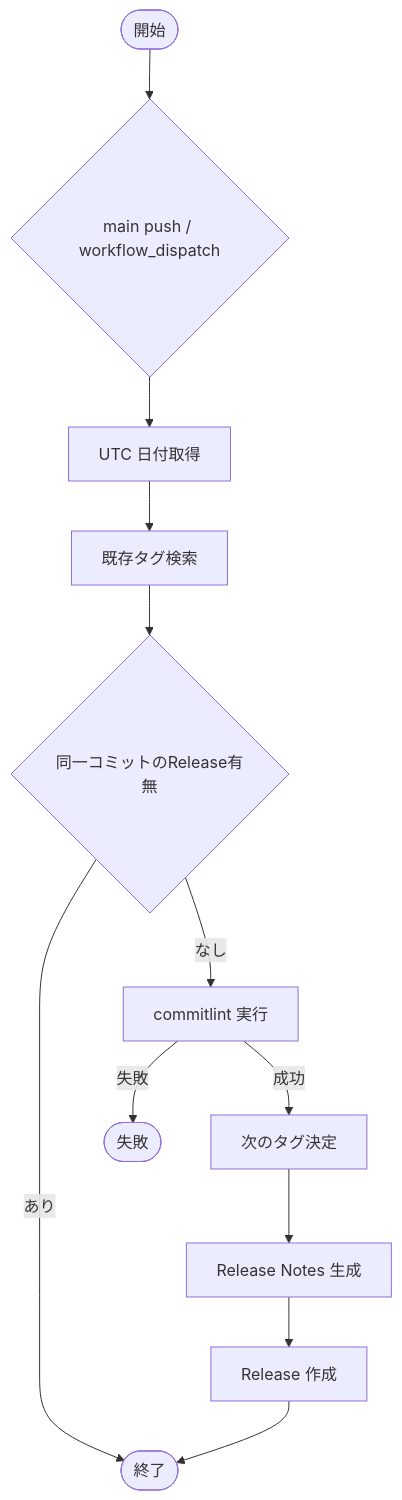
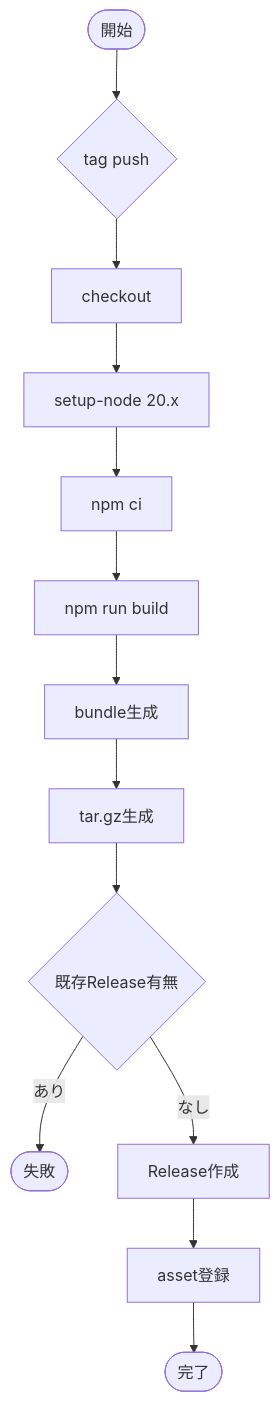
Before and after one commit to LevelCapTech/Agile-PMBOK-Assist: the second of 2 diagrams in .github/copilot/plans/47_github-release-management-implementation-plan.md, drawn with Mermaid. The commit also changed other lines of this file, not shown here.

````diff
--- a/.github/copilot/plans/47_github-release-management-implementation-plan.md
+++ b/.github/copilot/plans/47_github-release-management-implementation-plan.md
@@ -89,14 +128,15 @@
 ```mermaid
 flowchart TD
-  Start([開始]) --> Trigger{main push / workflow_dispatch}
-  Trigger --> Date[UTC 日付取得]
-  Date --> Tags[既存タグ検索]
-  Tags --> CheckRelease{同一コミットのRelease有無}
-  CheckRelease -->|あり| Done([終了])
-  CheckRelease -->|なし| Lint[commitlint 実行]
-  Lint -->|失敗| Fail([失敗])
-  Lint -->|成功| NextTag[次のタグ決定]
-  NextTag --> Notes[Release Notes 生成]
-  Notes --> Create[Release 作成]
-  Create --> Done
+  Start([開始]) --> Trigger{tag push}
+  Trigger --> Checkout[checkout]
+  Checkout --> Setup[setup-node 20.x]
+  Setup --> Install[npm ci]
+  Install --> Build[npm run build]
+  Build --> Bundle[bundle生成]
+  Bundle --> Tar[tar.gz生成]
+  Tar --> Check{既存Release有無}
+  Check -->|あり| Fail([失敗])
+  Check -->|なし| Create[Release作成]
+  Create --> Upload[asset登録]
+  Upload --> Done([完了])
 ```
````
